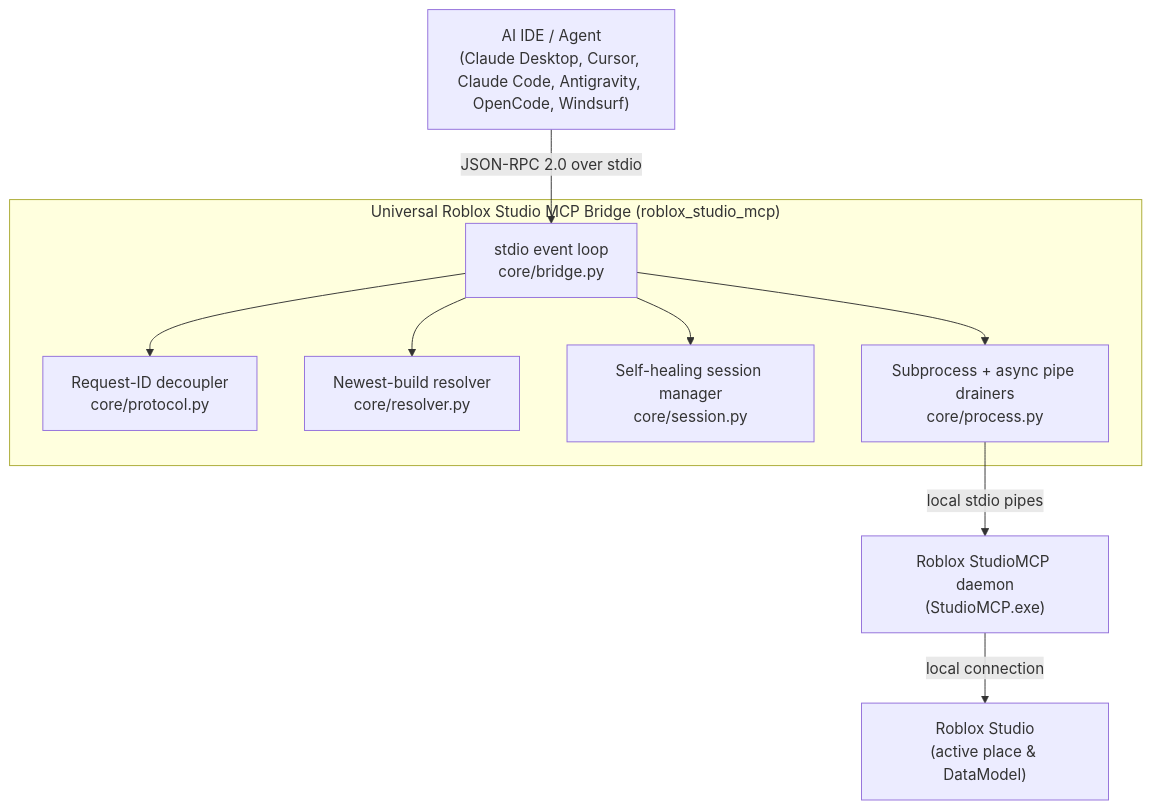
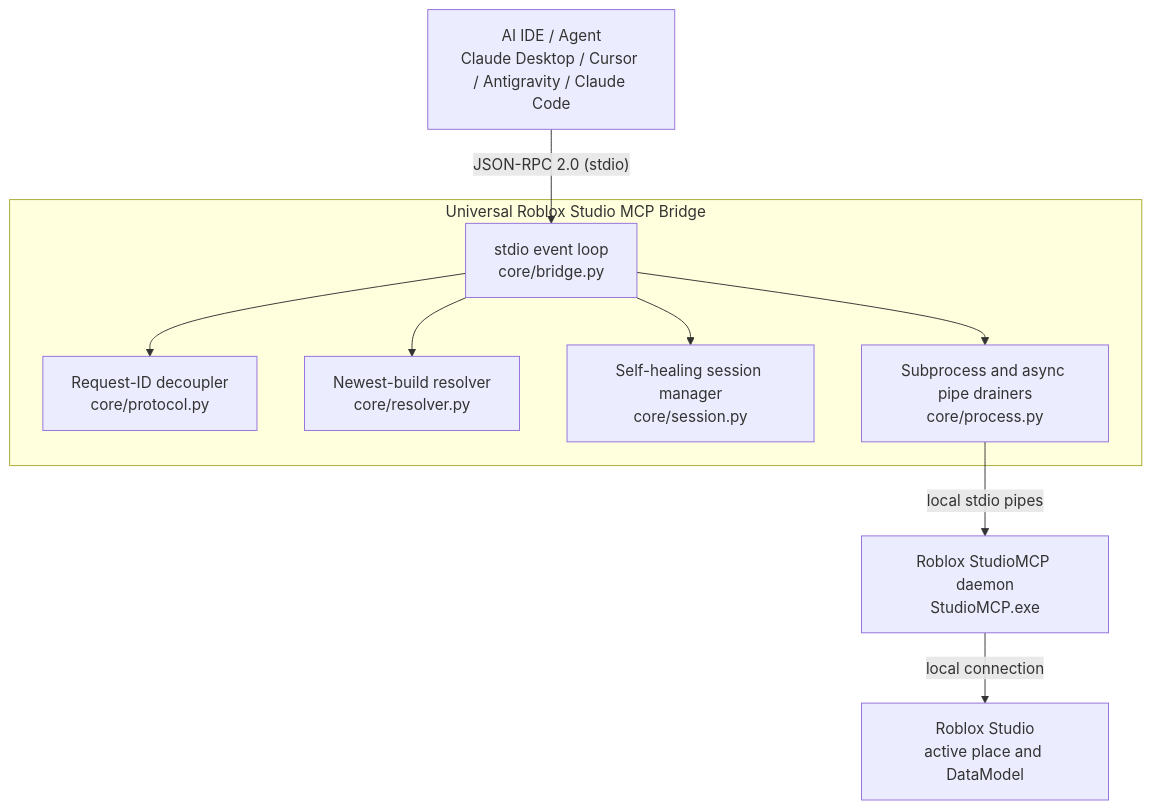
One commit to Cpleasance/roblox-studio-mcp-bridge changed the diagram in README.md. Above: the diagram before and after it, drawn with Mermaid.

Commit message:
Fix Mermaid diagram syntax in README for GitHub rich display rendering

````diff
--- a/README.md
+++ b/README.md
@@ -52,20 +52,20 @@
 ```mermaid
 flowchart TD
-    Host["AI IDE / Agent<br>(Claude Desktop, Cursor, Claude Code, Antigravity, OpenCode, Windsurf)"]
-    Host -- "JSON-RPC 2.0 over stdio" --> Loop
+    Host["AI IDE / Agent<br/>Claude Desktop / Cursor / Antigravity / Claude Code"]
+    Host -->|"JSON-RPC 2.0 (stdio)"| Loop
 
-    subgraph bridge ["Universal Roblox Studio MCP Bridge (roblox_studio_mcp)"]
-        Loop["stdio event loop<br>core/bridge.py"]
-        Decoupler["Request-ID decoupler<br>core/protocol.py"]
-        Resolver["Newest-build resolver<br>core/resolver.py"]
-        Session["Self-healing session manager<br>core/session.py"]
-        Proc["Subprocess + async pipe drainers<br>core/process.py"]
+    subgraph BridgeEngine["Universal Roblox Studio MCP Bridge"]
+        Loop["stdio event loop<br/>core/bridge.py"]
+        Decoupler["Request-ID decoupler<br/>core/protocol.py"]
+        Resolver["Newest-build resolver<br/>core/resolver.py"]
+        Session["Self-healing session manager<br/>core/session.py"]
+        Proc["Subprocess and async pipe drainers<br/>core/process.py"]
         Loop --> Decoupler
         Loop --> Resolver
         Loop --> Session
         Loop --> Proc
     end
 
-    Proc -- "local stdio pipes" --> StudioMCP["Roblox StudioMCP daemon<br>(StudioMCP.exe)"]
-    StudioMCP -- "local connection" --> Studio["Roblox Studio<br>(active place & DataModel)"]
+    Proc -->|"local stdio pipes"| StudioMCP["Roblox StudioMCP daemon<br/>StudioMCP.exe"]
+    StudioMCP -->|"local connection"| Studio["Roblox Studio<br/>active place and DataModel"]
 ```
````
